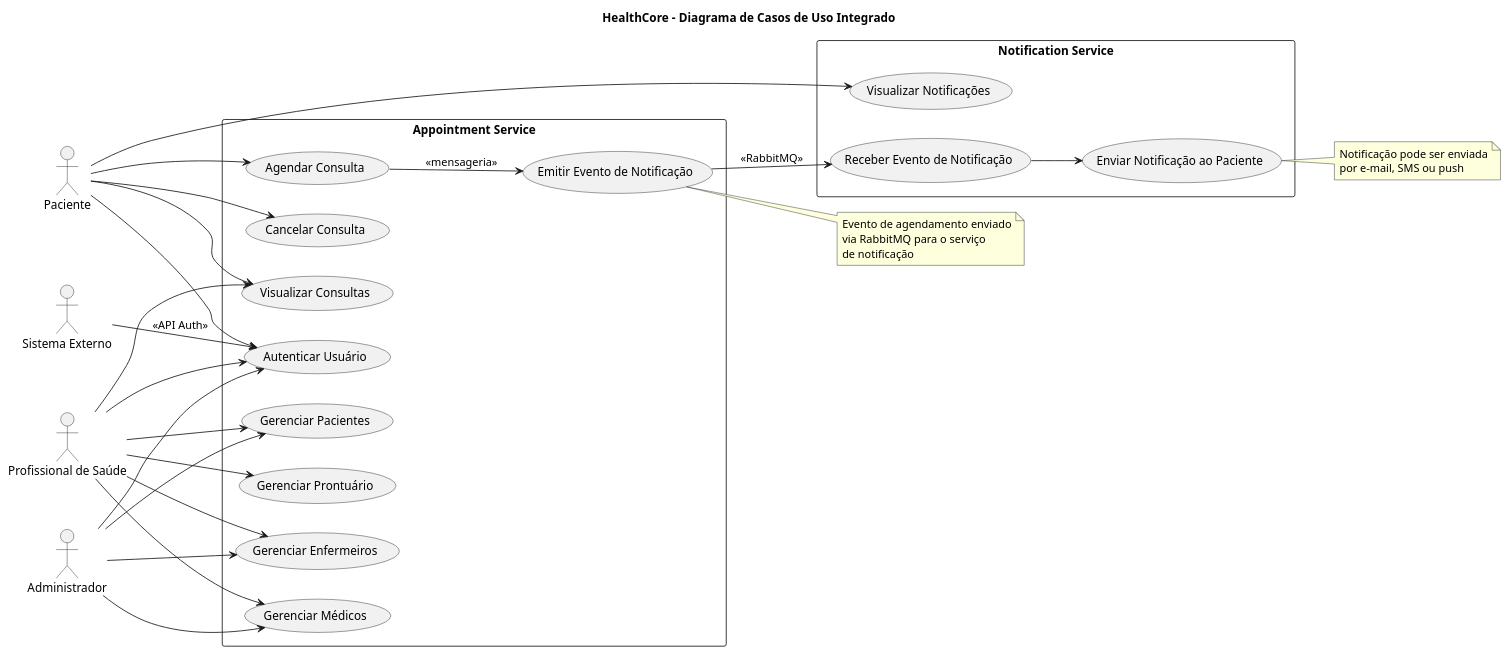
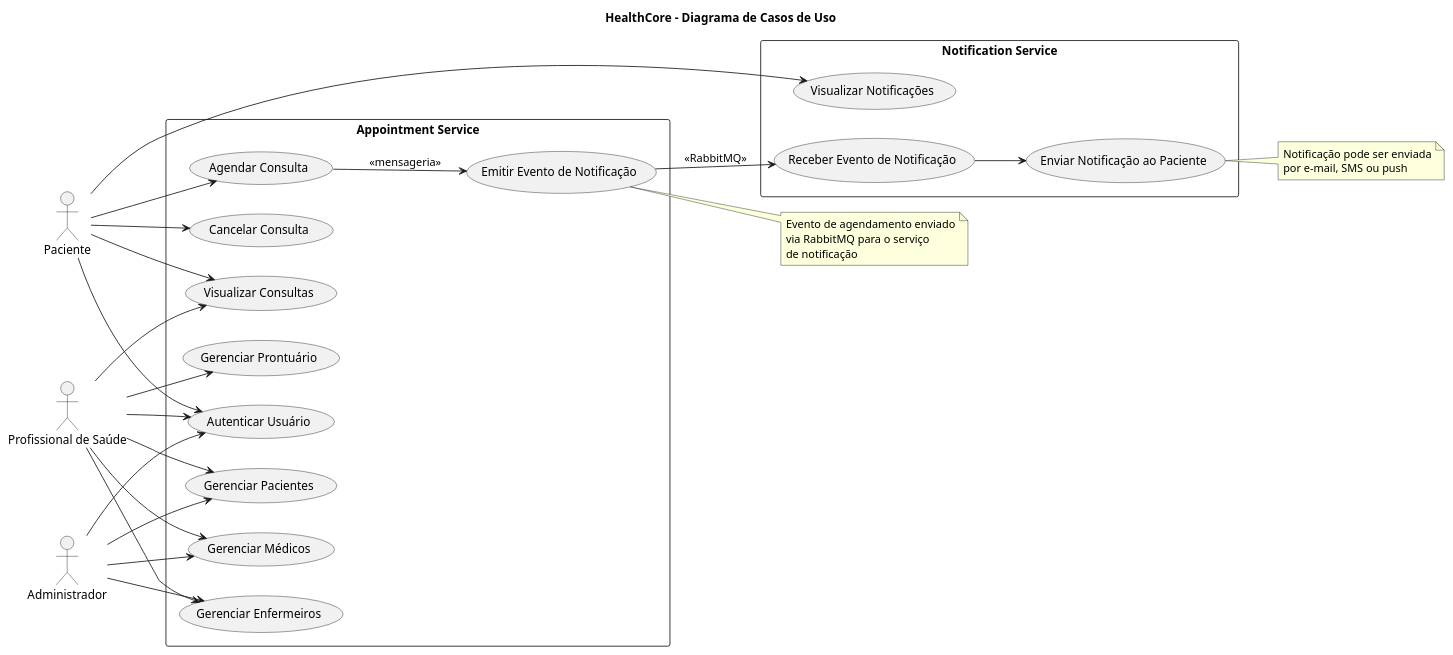
Before and after one commit to lucasllopes/health-core: the diagram in architecture-casos-uso-integrado.puml, drawn with PlantUML. The commit also changed 1 other file, not shown here.

Commit message:
ajustes diagrama sequencia

```diff
--- a/architecture-casos-uso-integrado.puml
+++ b/architecture-casos-uso-integrado.puml
@@ -1,63 +1,63 @@
 @startuml
 left to right direction
-title HealthCore - Diagrama de Casos de Uso Integrado
+title HealthCore - Diagrama de Casos de Uso
 
 :Paciente: as Paciente
 :Profissional de Saúde: as Profissional
 :Administrador: as Admin
-:Sistema Externo: as SistemaExterno
+
 
 rectangle "Appointment Service" {
   usecase "Agendar Consulta" as UC1
   usecase "Cancelar Consulta" as UC2
   usecase "Visualizar Consultas" as UC3
   usecase "Gerenciar Prontuário" as UC4
   usecase "Autenticar Usuário" as UC5
   usecase "Gerenciar Médicos" as UC6
   usecase "Gerenciar Pacientes" as UC7
   usecase "Gerenciar Enfermeiros" as UC8
   usecase "Emitir Evento de Notificação" as UC9
 }
 
 rectangle "Notification Service" {
   usecase "Receber Evento de Notificação" as UC10
   usecase "Enviar Notificação ao Paciente" as UC11
   usecase "Visualizar Notificações" as UC12
 }
 
 Paciente --> UC1
 Paciente --> UC2
 Paciente --> UC3
 Paciente --> UC12
 Paciente --> UC5
 
 Profissional --> UC3
 Profissional --> UC4
 Profissional --> UC6
 Profissional --> UC7
 Profissional --> UC8
 Profissional --> UC5
 
 Admin --> UC6
 Admin --> UC7
 Admin --> UC8
 Admin --> UC5
 
 UC1 --> UC9 : <<mensageria>>
 UC9 --> UC10 : <<RabbitMQ>>
 UC10 --> UC11
 
-SistemaExterno --> UC5 : <<API Auth>>
+
 
 note right of UC9
   Evento de agendamento enviado
   via RabbitMQ para o serviço
   de notificação
 end note
 
 note right of UC11
   Notificação pode ser enviada
   por e-mail, SMS ou push
 end note
 
 @enduml
```
